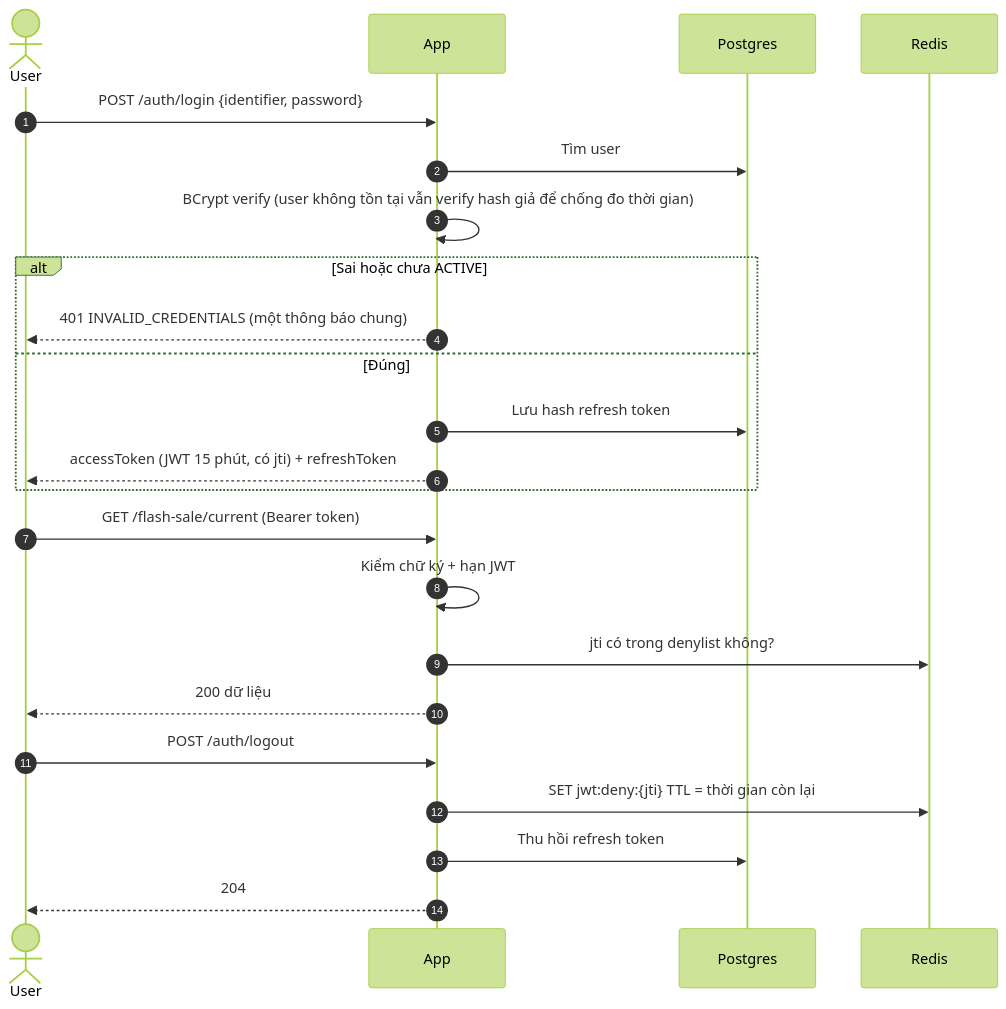
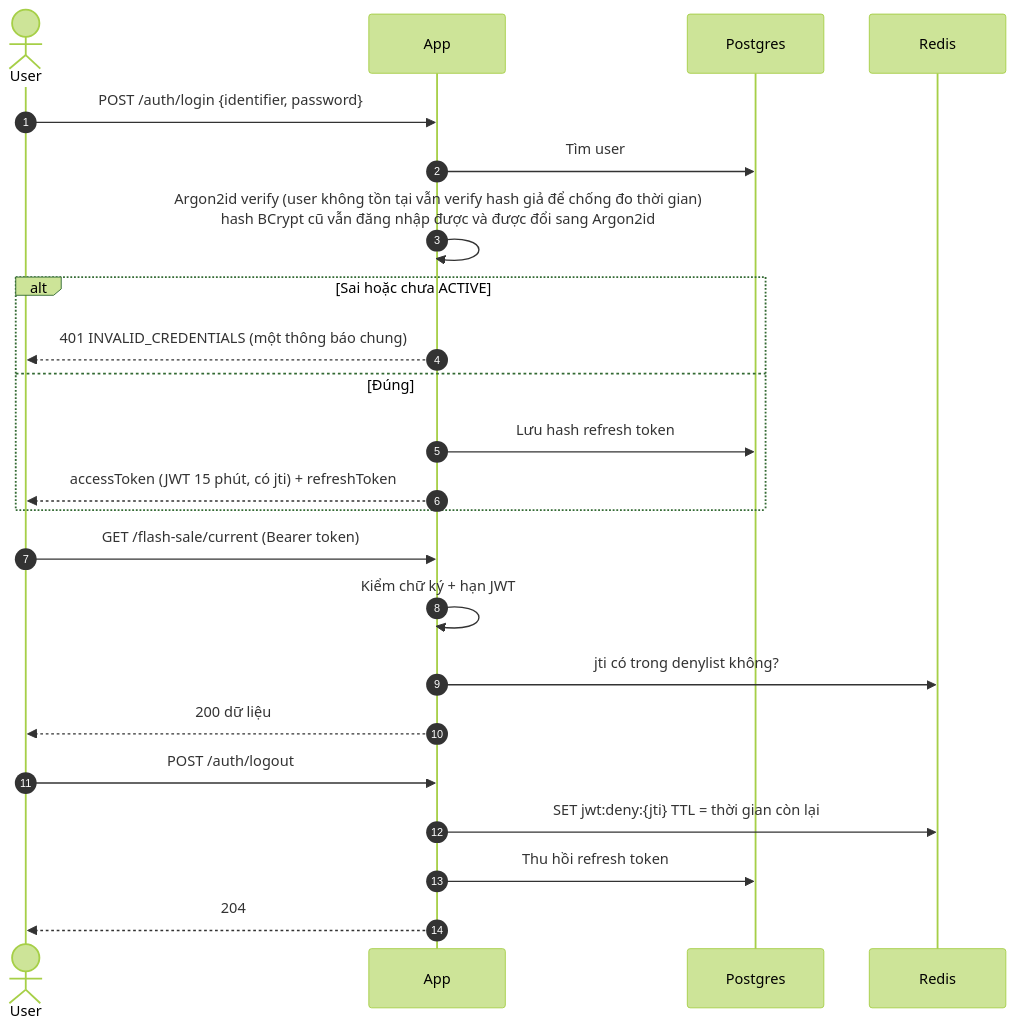
The sixth of 14 diagrams in docs/system-design.md (lebronjamesbe01-dev/flashsale-service), drawn with Mermaid (forest theme) before and after one commit. The commit also changed other lines of this file and 11 other files, not shown here.

Commit message:
feat(auth): hash passwords with Argon2id, upgrade legacy BCrypt on login

````diff
--- a/docs/system-design.md
+++ b/docs/system-design.md
@@ -228,28 +228,28 @@
 ```mermaid
 sequenceDiagram
     autonumber
     actor U as User
     participant API as App
     participant DB as Postgres
     participant R as Redis
 
     U->>API: POST /auth/login {identifier, password}
     API->>DB: Tìm user
-    API->>API: BCrypt verify (user không tồn tại vẫn verify hash giả để chống đo thời gian)
+    API->>API: Argon2id verify (user không tồn tại vẫn verify hash giả để chống đo thời gian)<br/>hash BCrypt cũ vẫn đăng nhập được và được đổi sang Argon2id
     alt Sai hoặc chưa ACTIVE
         API-->>U: 401 INVALID_CREDENTIALS (một thông báo chung)
     else Đúng
         API->>DB: Lưu hash refresh token
         API-->>U: accessToken (JWT 15 phút, có jti) + refreshToken
     end
 
     U->>API: GET /flash-sale/current (Bearer token)
     API->>API: Kiểm chữ ký + hạn JWT
     API->>R: jti có trong denylist không?
     API-->>U: 200 dữ liệu
 
     U->>API: POST /auth/logout
     API->>R: SET jwt:deny:{jti} TTL = thời gian còn lại
     API->>DB: Thu hồi refresh token
     API-->>U: 204
 ```
````
